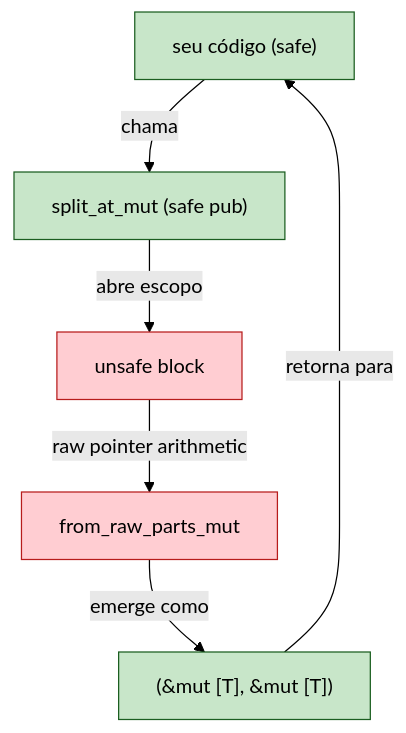
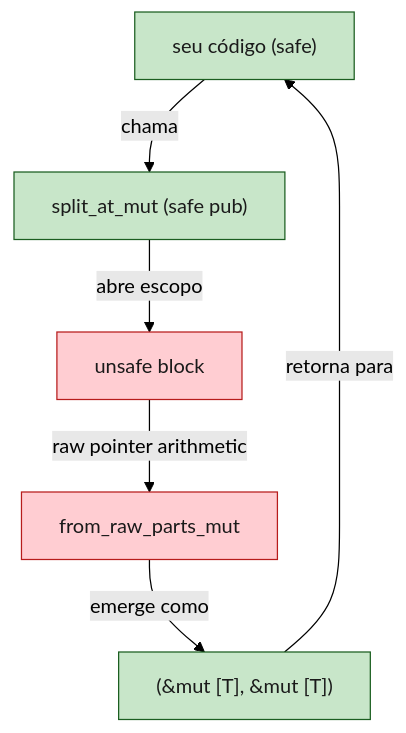
One commit to Felipeness/ferro-e-espirito changed the third of 3 diagrams in book/part-13-unsafe-and-ffi/ch36-unsafe.md. Above: the diagram before and after it, drawn with Mermaid (forest theme). The commit also changed other lines of this file and 56 other files, not shown here.

First line of the commit message:
fix: contraste de texto em diagramas mermaid

````diff
--- a/book/part-13-unsafe-and-ffi/ch36-unsafe.md
+++ b/book/part-13-unsafe-and-ffi/ch36-unsafe.md
@@ -300,14 +300,14 @@
 ```mermaid
 graph TB
     A["seu código (safe)"] -->|"chama"| B["split_at_mut (safe pub)"]
     B -->|"abre escopo"| C["unsafe block"]
     C -->|"raw pointer arithmetic"| D["from_raw_parts_mut"]
     D -->|"emerge como"| E["(&mut [T], &mut [T])"]
     E -->|"retorna para"| A
 
-    style A fill:#c8e6c9,stroke:#1b5e20
-    style B fill:#c8e6c9,stroke:#1b5e20
-    style C fill:#ffcdd2,stroke:#b71c1c
-    style D fill:#ffcdd2,stroke:#b71c1c
-    style E fill:#c8e6c9,stroke:#1b5e20
+    style A fill:#c8e6c9,stroke:#1b5e20,color:#1a1a1a
+    style B fill:#c8e6c9,stroke:#1b5e20,color:#1a1a1a
+    style C fill:#ffcdd2,stroke:#b71c1c,color:#1a1a1a
+    style D fill:#ffcdd2,stroke:#b71c1c,color:#1a1a1a
+    style E fill:#c8e6c9,stroke:#1b5e20,color:#1a1a1a
 ```
````
